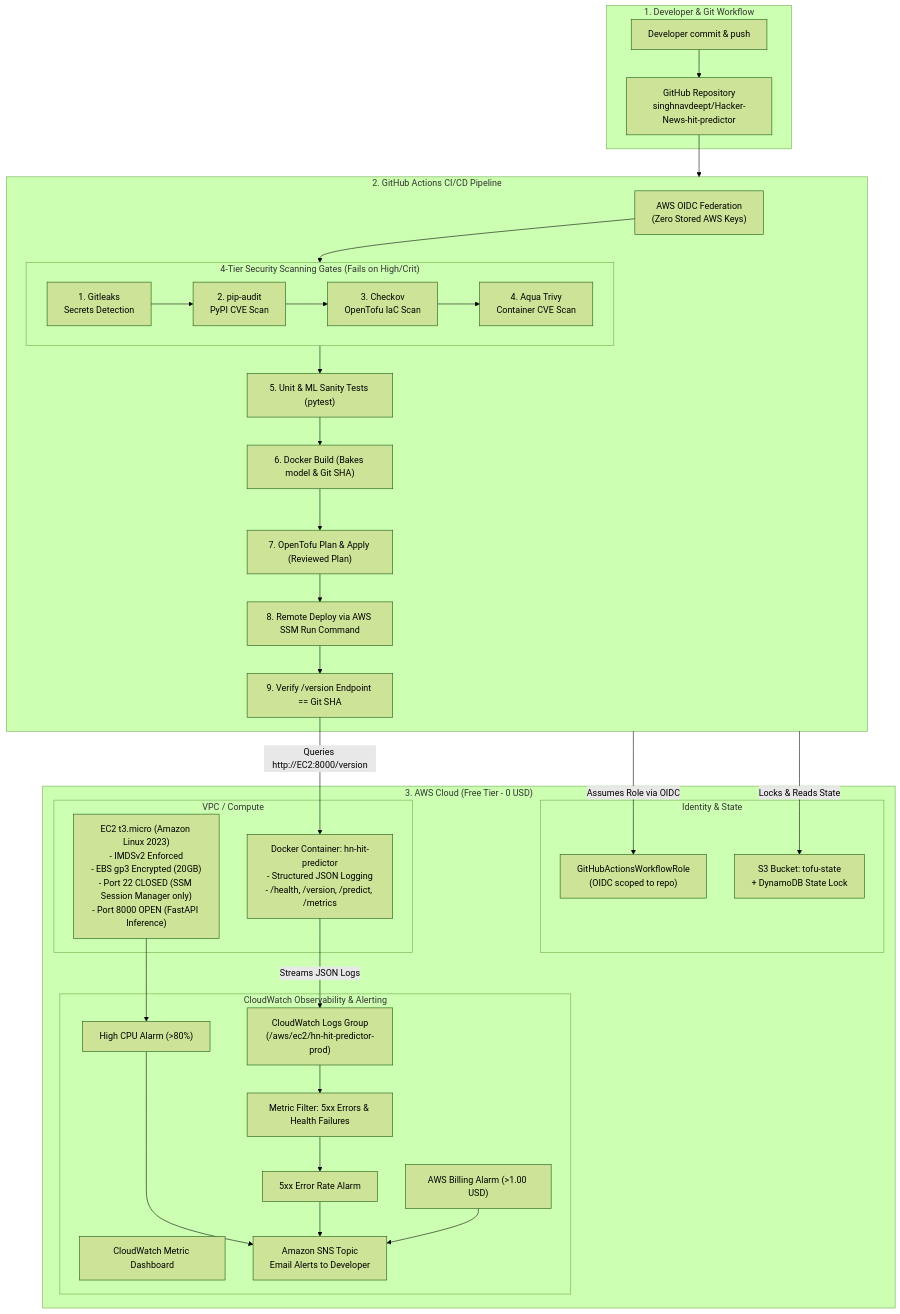
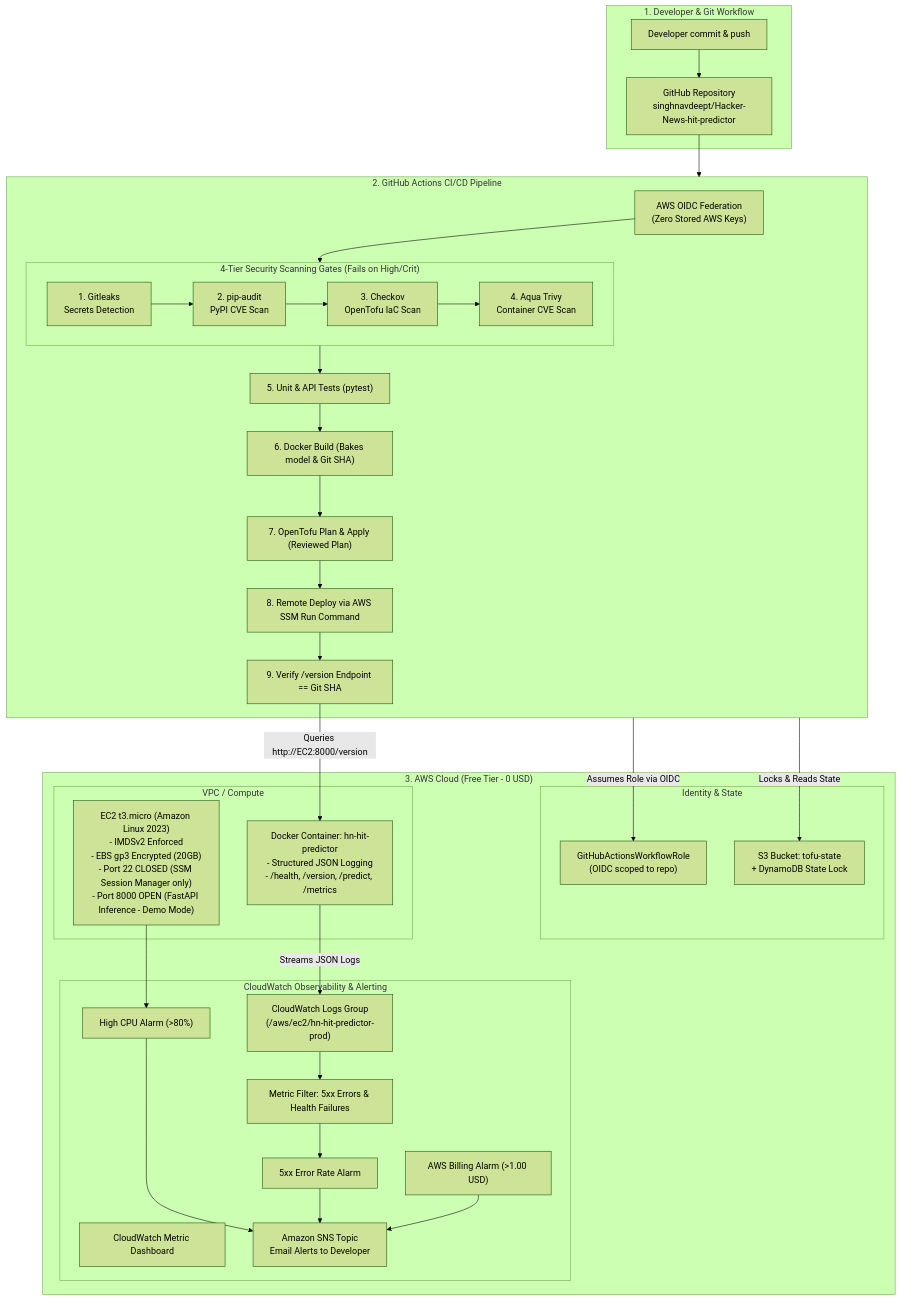
The diagram in README.md (singhnavdeept/Hacker-News-hit-predictor), drawn with Mermaid (forest theme) before and after one commit. The commit also changed other lines of this file and 6 other files, not shown here.

Commit message:
refactor(repo): Archive legacy v1 files, refine README claims, and document Free Tier network architecture

````diff
--- a/README.md
+++ b/README.md
@@ -23,57 +23,57 @@
 ```mermaid
 flowchart TD
     subgraph DEV["1. Developer & Git Workflow"]
         GIT["Developer commit & push"] --> GH["GitHub Repository\nsinghnavdeept/Hacker-News-hit-predictor"]
     end
 
     subgraph GHA["2. GitHub Actions CI/CD Pipeline"]
         OIDC["AWS OIDC Federation\n(Zero Stored AWS Keys)"]
         
         subgraph SCAN["4-Tier Security Scanning Gates (Fails on High/Crit)"]
             S1["1. Gitleaks\nSecrets Detection"]
             S2["2. pip-audit\nPyPI CVE Scan"]
             S3["3. Checkov\nOpenTofu IaC Scan"]
             S4["4. Aqua Trivy\nContainer CVE Scan"]
             S1 --> S2 --> S3 --> S4
         end
 
-        TEST["5. Unit & ML Sanity Tests (pytest)"]
+        TEST["5. Unit & API Tests (pytest)"]
         BUILD["6. Docker Build (Bakes model & Git SHA)"]
         PLAN["7. OpenTofu Plan & Apply (Reviewed Plan)"]
         DEPLOY["8. Remote Deploy via AWS SSM Run Command"]
         VERIFY["9. Verify /version Endpoint == Git SHA"]
         
         OIDC --> SCAN --> TEST --> BUILD --> PLAN --> DEPLOY --> VERIFY
     end
 
     subgraph AWS["3. AWS Cloud (Free Tier - 0 USD)"]
         subgraph IAM_S["Identity & State"]
             ROLE["GitHubActionsWorkflowRole\n(OIDC scoped to repo)"]
             S3_STATE["S3 Bucket: tofu-state\n+ DynamoDB State Lock"]
         end
 
         subgraph VPC["VPC / Compute"]
-            EC2["EC2 t3.micro (Amazon Linux 2023)\n- IMDSv2 Enforced\n- EBS gp3 Encrypted (20GB)\n- Port 22 CLOSED (SSM Session Manager only)\n- Port 8000 OPEN (FastAPI Inference)"]
+            EC2["EC2 t3.micro (Amazon Linux 2023)\n- IMDSv2 Enforced\n- EBS gp3 Encrypted (20GB)\n- Port 22 CLOSED (SSM Session Manager only)\n- Port 8000 OPEN (FastAPI Inference - Demo Mode)"]
             API_CONT["Docker Container: hn-hit-predictor\n- Structured JSON Logging\n- /health, /version, /predict, /metrics"]
         end
 
         subgraph OBS["CloudWatch Observability & Alerting"]
             CWL["CloudWatch Logs Group\n(/aws/ec2/hn-hit-predictor-prod)"]
             METRIC_FILTER["Metric Filter: 5xx Errors & Health Failures"]
             DASH["CloudWatch Metric Dashboard"]
             ALARM1["High CPU Alarm (>80%)"]
             ALARM2["5xx Error Rate Alarm"]
             ALARM3["AWS Billing Alarm (>1.00 USD)"]
             SNS["Amazon SNS Topic\nEmail Alerts to Developer"]
         end
     end
 
     GH --> GHA
     GHA -->|"Assumes Role via OIDC"| ROLE
     GHA -->|"Locks & Reads State"| S3_STATE
     VERIFY -->|"Queries http://EC2:8000/version"| API_CONT
     API_CONT -->|"Streams JSON Logs"| CWL
     CWL --> METRIC_FILTER --> ALARM2
     EC2 --> ALARM1
     ALARM1 & ALARM2 & ALARM3 --> SNS
 ```
````
